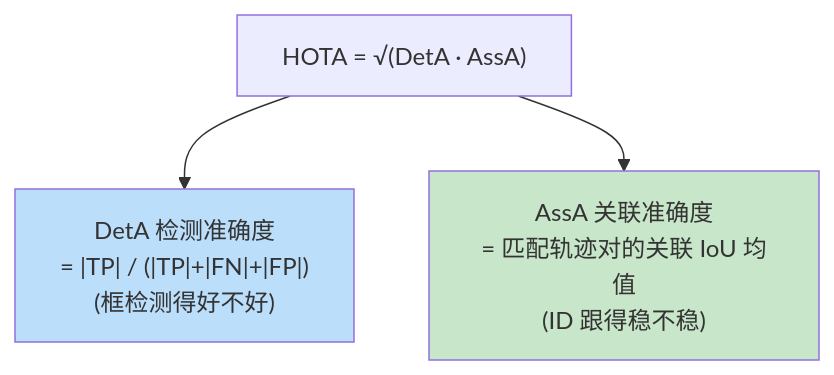
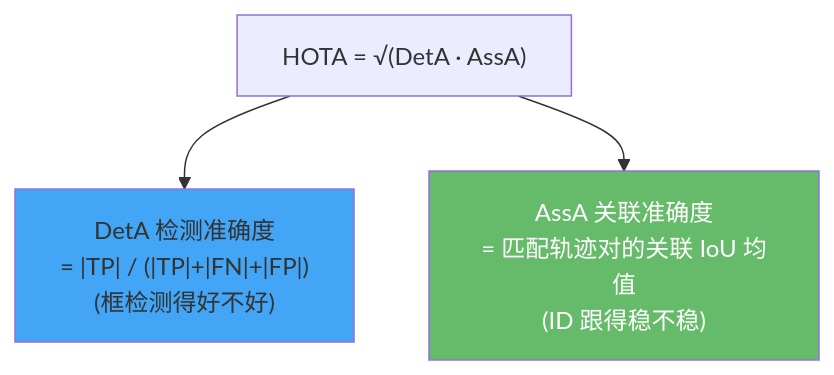
The fifth of 8 diagrams in docs/guides/tracking/metrics.md (yyq19990828/onnxtools), drawn with Mermaid before and after one commit. The commit also changed other lines of this file and 12 other files, not shown here.

First line of the commit message:
fix(docs): 修复 mermaid 暗色模式配色 + 语法报错 + 数学公式渲染

````diff
--- a/docs/guides/tracking/metrics.md
+++ b/docs/guides/tracking/metrics.md
@@ -107,8 +107,8 @@
 ```mermaid
 graph TD
     HOTA["HOTA = √(DetA · AssA)"]
     HOTA --> DETA["DetA 检测准确度<br/>= |TP| / (|TP|+|FN|+|FP|)<br/>(框检测得好不好)"]
     HOTA --> ASSA["AssA 关联准确度<br/>= 匹配轨迹对的关联 IoU 均值<br/>(ID 跟得稳不稳)"]
-    style DETA fill:#bbdefb
-    style ASSA fill:#c8e6c9
+    style DETA fill:#42a5f5
+    style ASSA fill:#66bb6a,color:#fff
 ```
````
